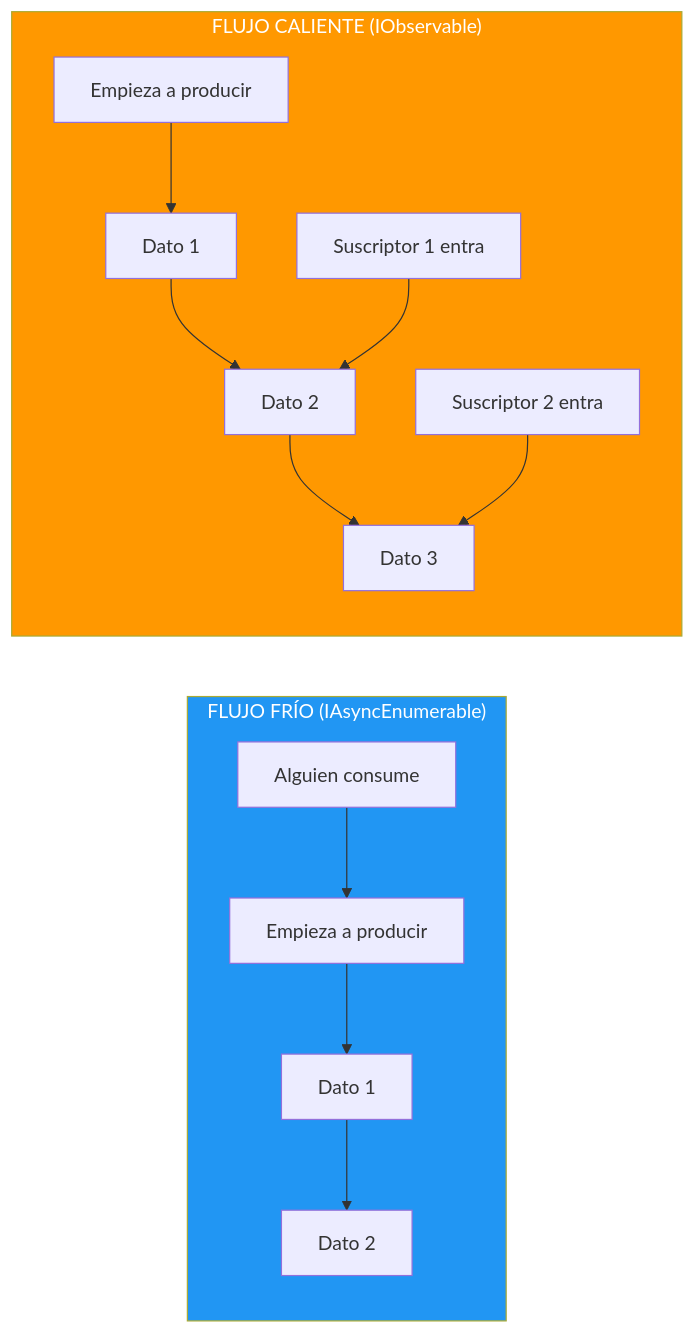
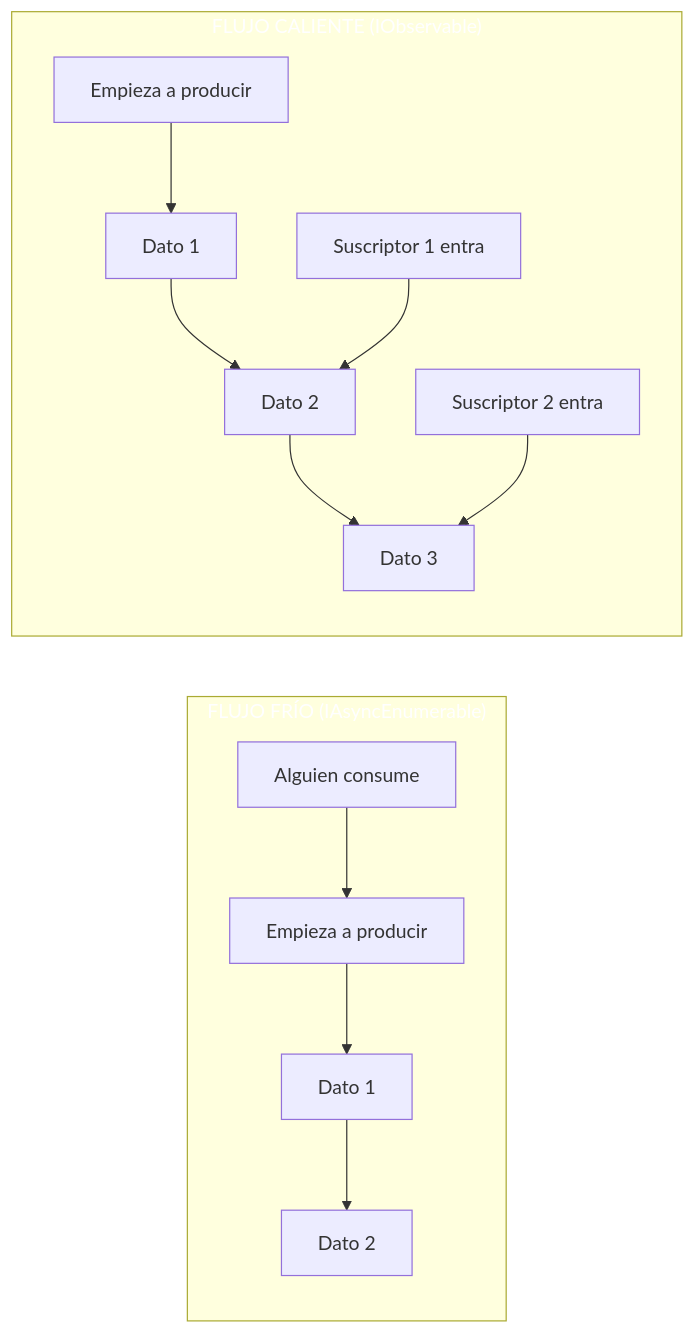
One commit to joseluisgs/DesarrolloWebEntornosServidor-01-2026-2027 changed the second of 4 diagrams in 17-programacion-reactiva.md. Above: the diagram before and after it, drawn with Mermaid. The commit also changed other lines of this file and 66 other files, not shown here.

First line of the commit message:
fix: normalizar titulos al castellano de frase y corregir la paleta de mermaid

````diff
--- a/17-programacion-reactiva.md
+++ b/17-programacion-reactiva.md
@@ -57,19 +57,19 @@
 ```mermaid
 graph LR
     subgraph FRIO["FLUJO FRÍO (IAsyncEnumerable)"]
         A1["Alguien consume"] --> A2["Empieza a producir"]
         A2 --> A3["Dato 1"]
         A3 --> A4["Dato 2"]
     end
 
     subgraph CALIENTE["FLUJO CALIENTE (IObservable)"]
         B1["Empieza a producir"] --> B2["Dato 1"]
         B2 --> B3["Dato 2"]
         B3 --> B4["Dato 3"]
         B5["Suscriptor 1 entra"] --> B3
         B6["Suscriptor 2 entra"] --> B4
     end
 
-    style FRIO fill:#2196F3,color:#fff
-    style CALIENTE fill:#FF9800,color:#fff
+    style FRIO fill:#2196F,color:#fff3,color:#fff
+    style CALIENTE fill:#FF980,color:#fff0,color:#fff
 ```
````
